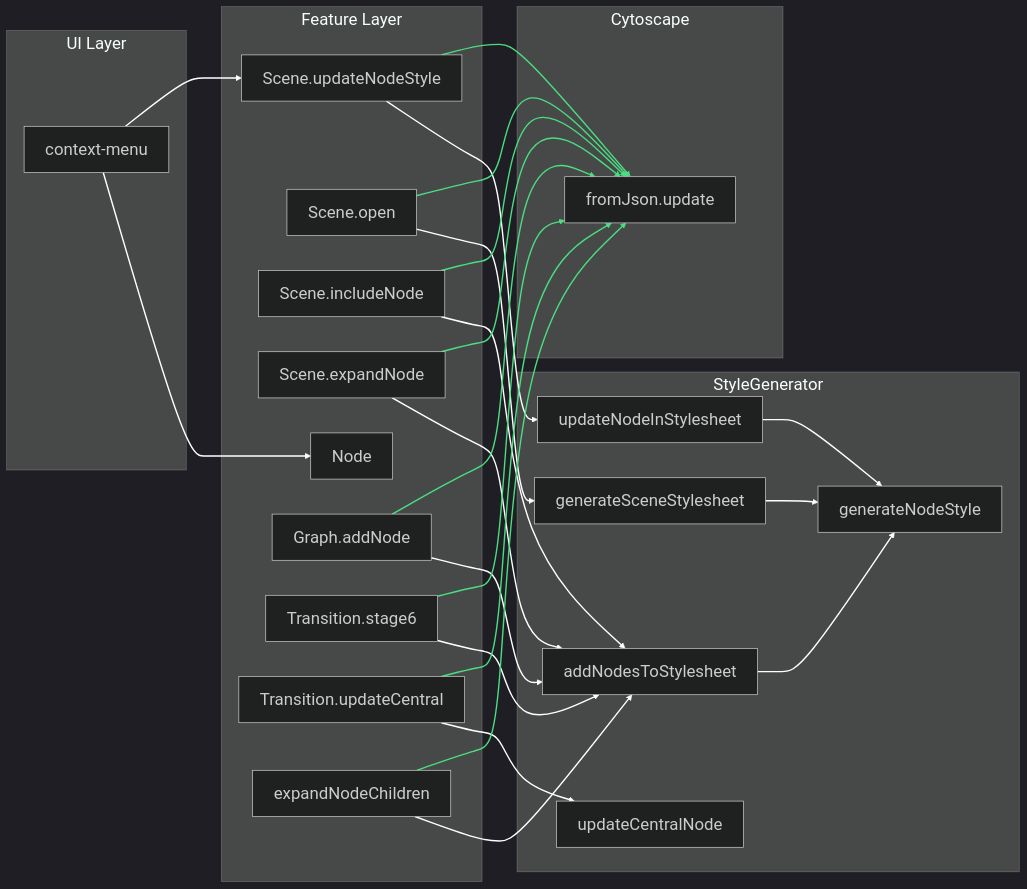
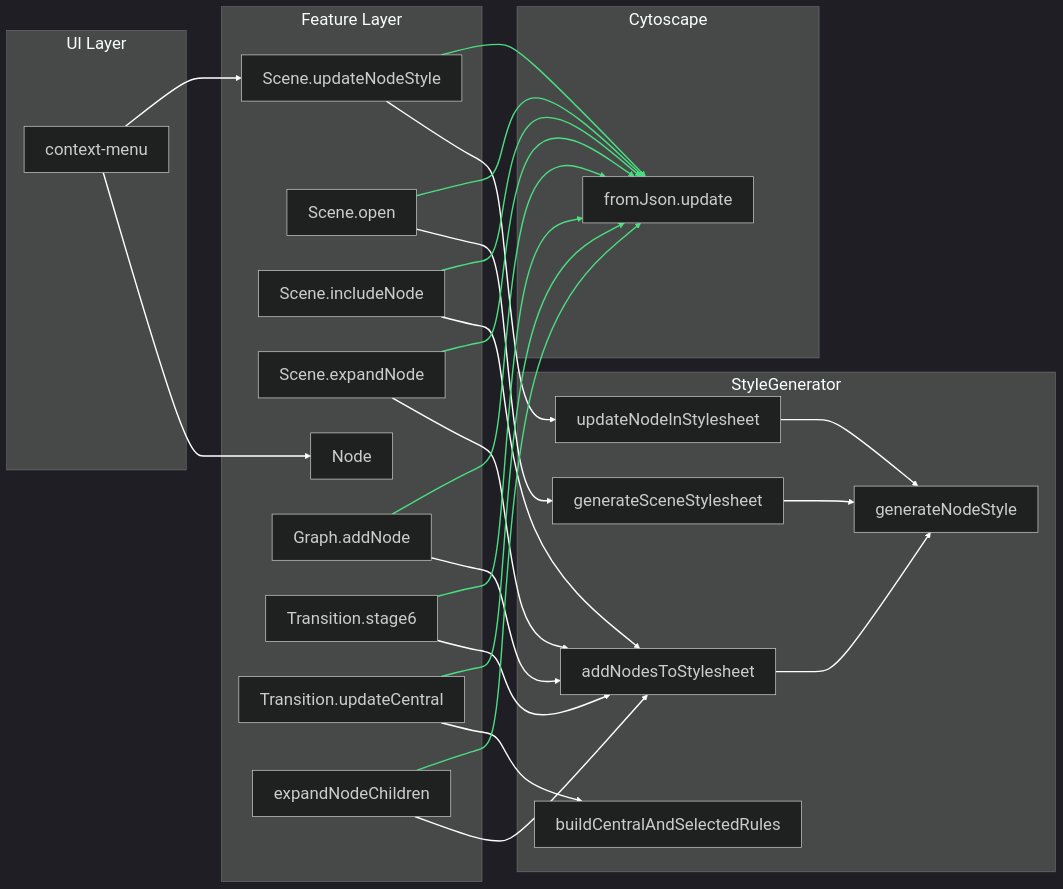
The diagram in docs/node-styling-diagram.md (ebuyakin/knogra), drawn with Mermaid before and after one commit. The commit also changed other lines of this file and 49 other files, not shown here.

Commit message:
mermaid import/expor. AI equation generator in the node editor. AI context awareness improvements

````diff
--- a/docs/node-styling-diagram.md
+++ b/docs/node-styling-diagram.md
@@ -31,82 +36,82 @@
 ```mermaid
 %%{init: {'theme': 'dark', 'themeVariables': { 'fontSize': '24px' }}}%%
 flowchart LR
     subgraph UI ["UI Layer"]
         CM[context-menu]
     end
 
     subgraph Features ["Feature Layer"]
         Node[Node]
         Scene_open[Scene.open]
         Scene_include[Scene.includeNode]
         Scene_expand[Scene.expandNode]
         Scene_update[Scene.updateNodeStyle]
         Graph_add[Graph.addNode]
         Trans_stage6[Transition.stage6]
         Trans_central[Transition.updateCentral]
         EA_expand[expandNodeChildren]
     end
 
     subgraph Styles ["StyleGenerator"]
         GSS[generateSceneStylesheet]
         ANS[addNodesToStylesheet]
         UNS[updateNodeInStylesheet]
-        UCN[updateCentralNode]
+        BCSR[buildCentralAndSelectedRules]
         GNS[generateNodeStyle]
     end
 
     subgraph CY ["Cytoscape"]
         CY_JSON["fromJson.update"]
     end
 
     %% 0: CM -> Node
     CM --> Node
     %% 1: CM -> Scene_update
     CM --> Scene_update
 
     %% 2: Scene_open -> GSS
     Scene_open --> GSS
     %% 3: GSS -> GNS
     GSS --> GNS
     %% 4: Scene_include -> ANS
     Scene_include --> ANS
     %% 5: Scene_expand -> ANS
     Scene_expand --> ANS
     %% 6: Scene_update -> UNS
     Scene_update --> UNS
     %% 7: UNS -> GNS
     UNS --> GNS
     %% 8: Graph_add -> ANS
     Graph_add --> ANS
     %% 9: Trans_stage6 -> ANS
     Trans_stage6 --> ANS
     %% 10: EA_expand -> ANS
     EA_expand --> ANS
     %% 11: ANS -> GNS
     ANS --> GNS
-    %% 12: Trans_central -> UCN
-    Trans_central --> UCN
+    %% 12: Trans_central -> BCSR
+    Trans_central --> BCSR
 
     %% 13: Scene_open -> CY
     Scene_open --> CY_JSON
     %% 14: Scene_include -> CY
     Scene_include --> CY_JSON
     %% 15: Scene_expand -> CY
     Scene_expand --> CY_JSON
     %% 16: Scene_update -> CY
     Scene_update --> CY_JSON
     %% 17: Graph_add -> CY
     Graph_add --> CY_JSON
     %% 18: Trans_stage6 -> CY
     Trans_stage6 --> CY_JSON
     %% 19: EA_expand -> CY
     EA_expand --> CY_JSON
     %% 20: Trans_central -> CY
     Trans_central --> CY_JSON
 
     %% Style all links same thickness
     %% White for StyleGenerator (0-12)
     linkStyle 0,1,2,3,4,5,6,7,8,9,10,11,12 stroke:#ffffff,stroke-width:2px
     %% Green for Cytoscape (13-20)
     linkStyle 13,14,15,16,17,18,19,20 stroke:#4ade80,stroke-width:2px
 ```
````
